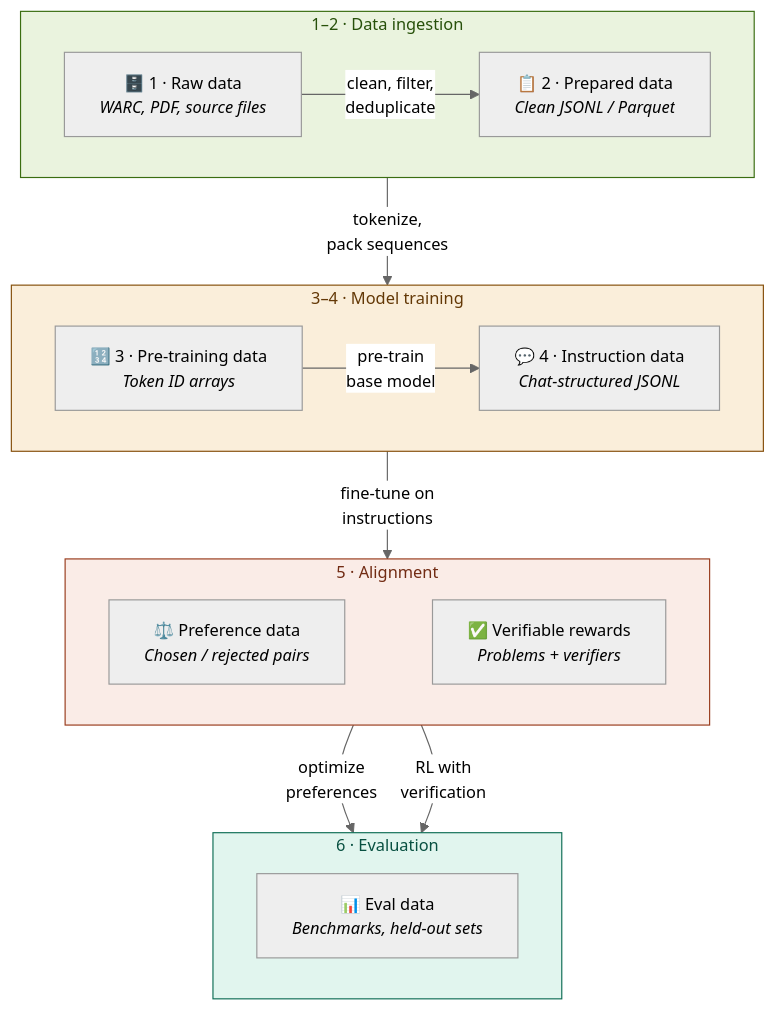
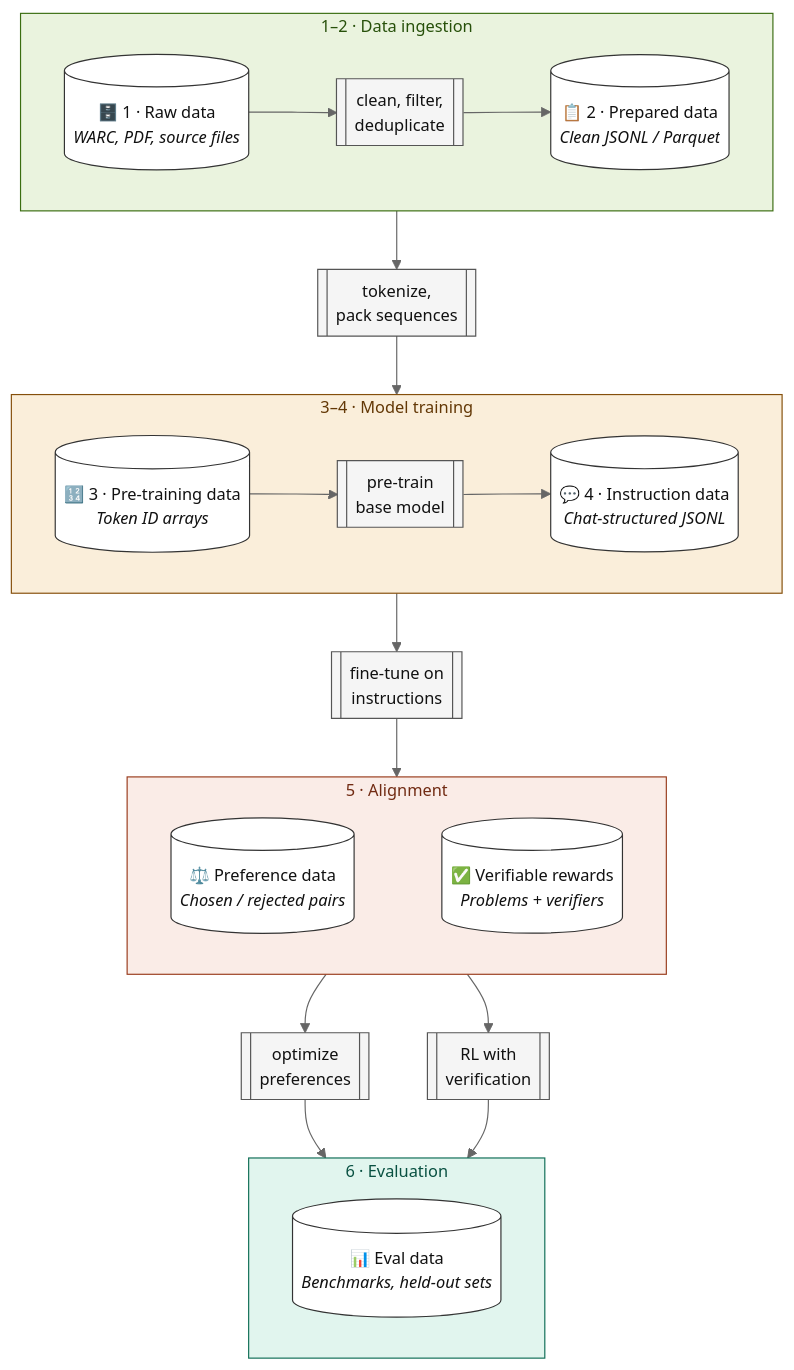
One commit to The-AI-Alliance/tapestry changed the diagram in tech-docs/reference/training-pipeline-data.md. Above: the diagram before and after it, drawn with Mermaid. The commit also changed other lines of this file, not shown here.

Commit message:
docs: distinguish data and process shapes in pipeline diagram
Use cylinders for data artifacts and subroutine boxes for pipeline
steps, with explicit process nodes between groups.

````diff
--- a/tech-docs/reference/training-pipeline-data.md
+++ b/tech-docs/reference/training-pipeline-data.md
@@ -19,33 +19,45 @@
 ```mermaid
 %%{init: {'theme': 'neutral', 'themeVariables': {'fontSize': '14px'}, 'flowchart': {'useMaxWidth': false}}}%%
 flowchart TD
     subgraph ingest ["1–2 · Data ingestion"]
         direction LR
-        RAW["🗄️ 1 · Raw data<br/><i>WARC, PDF, source files</i>"] -->|"clean, filter,<br/>deduplicate"| PREP["📋 2 · Prepared data<br/><i>Clean JSONL / Parquet</i>"]
+        RAW[(🗄️ 1 · Raw data<br/><i>WARC, PDF, source files</i>)] --> PREP_PROC[["clean, filter,<br/>deduplicate"]] --> PREP[(📋 2 · Prepared data<br/><i>Clean JSONL / Parquet</i>)]
     end
+
+    TOKENIZE[["tokenize,<br/>pack sequences"]]
 
     subgraph train ["3–4 · Model training"]
         direction LR
-        PRETRAIN["🔢 3 · Pre-training data<br/><i>Token ID arrays</i>"] -->|"pre-train<br/>base model"| SFT_DATA["💬 4 · Instruction data<br/><i>Chat-structured JSONL</i>"]
+        PRETRAIN[(🔢 3 · Pre-training data<br/><i>Token ID arrays</i>)] --> TRAIN_MODEL[["pre-train<br/>base model"]] --> SFT_DATA[(💬 4 · Instruction data<br/><i>Chat-structured JSONL</i>)]
     end
+
+    FINETUNE[["fine-tune on<br/>instructions"]]
 
     subgraph align ["5 · Alignment"]
         direction LR
-        PREF["⚖️ Preference data<br/><i>Chosen / rejected pairs</i>"] ~~~ VERIF["✅ Verifiable rewards<br/><i>Problems + verifiers</i>"]
+        PREF[(⚖️ Preference data<br/><i>Chosen / rejected pairs</i>)] ~~~ VERIF[(✅ Verifiable rewards<br/><i>Problems + verifiers</i>)]
     end
+
+    PREF_OPT[["optimize<br/>preferences"]]
+    RL_VERIFY[["RL with<br/>verification"]]
 
     subgraph evalg ["6 · Evaluation"]
         direction LR
-        EVAL["📊 Eval data<br/><i>Benchmarks, held-out sets</i>"]
+        EVAL[(📊 Eval data<br/><i>Benchmarks, held-out sets</i>)]
     end
 
-    ingest -->|"tokenize,<br/>pack sequences"| train
-    train -->|"fine-tune on<br/>instructions"| align
-    align -->|"optimize<br/>preferences"| evalg
-    align -->|"RL with<br/>verification"| evalg
+    ingest --> TOKENIZE --> train
+    train --> FINETUNE --> align
+    align --> PREF_OPT --> evalg
+    align --> RL_VERIFY --> evalg
 
     style ingest fill:#EAF3DE,stroke:#3B6D11,color:#27500A
     style train fill:#FAEEDA,stroke:#854F0B,color:#633806
     style align fill:#FAECE7,stroke:#993C1D,color:#712B13
     style evalg fill:#E1F5EE,stroke:#0F6E56,color:#085041
+
+    classDef data fill:#ffffff,stroke:#333,color:#111
+    classDef process fill:#f5f5f5,stroke:#555,color:#111
+    class RAW,PREP,PRETRAIN,SFT_DATA,PREF,VERIF,EVAL data
+    class PREP_PROC,TOKENIZE,TRAIN_MODEL,FINETUNE,PREF_OPT,RL_VERIFY process
 ```
````
